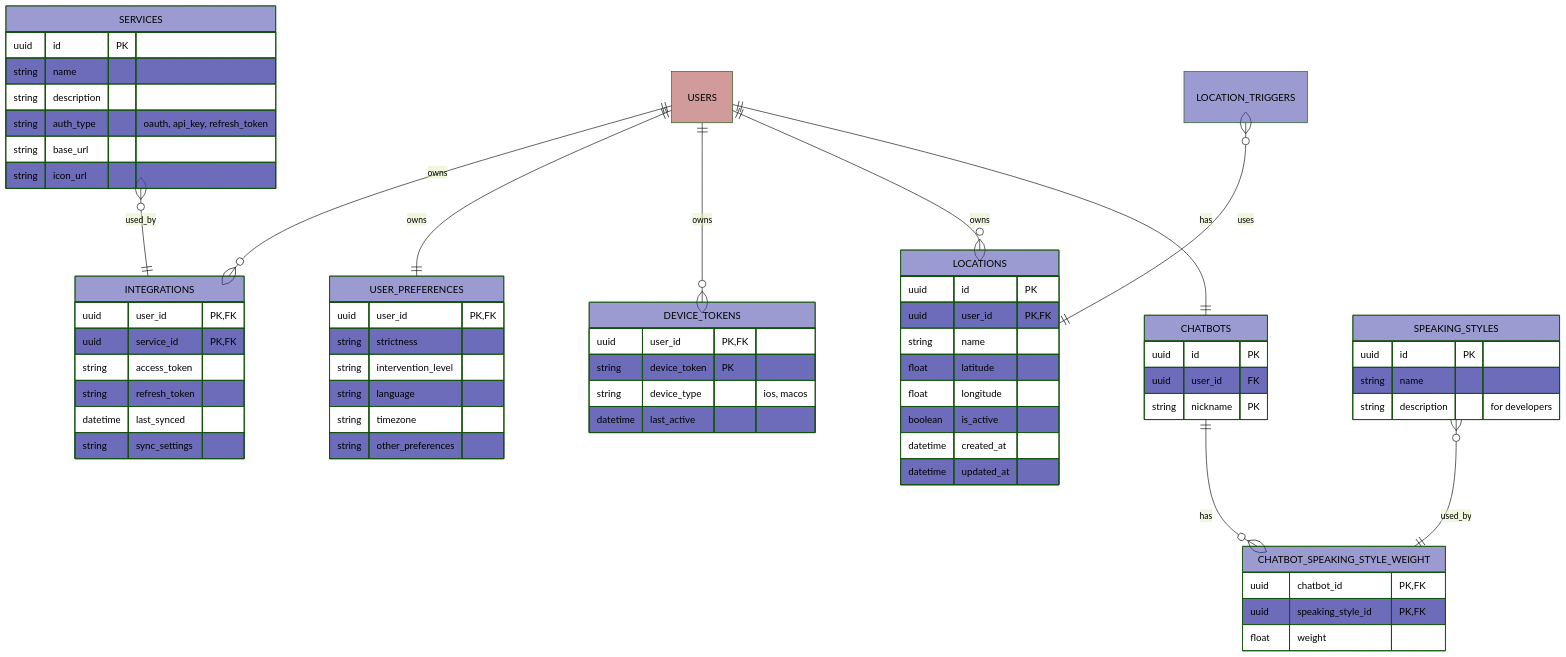
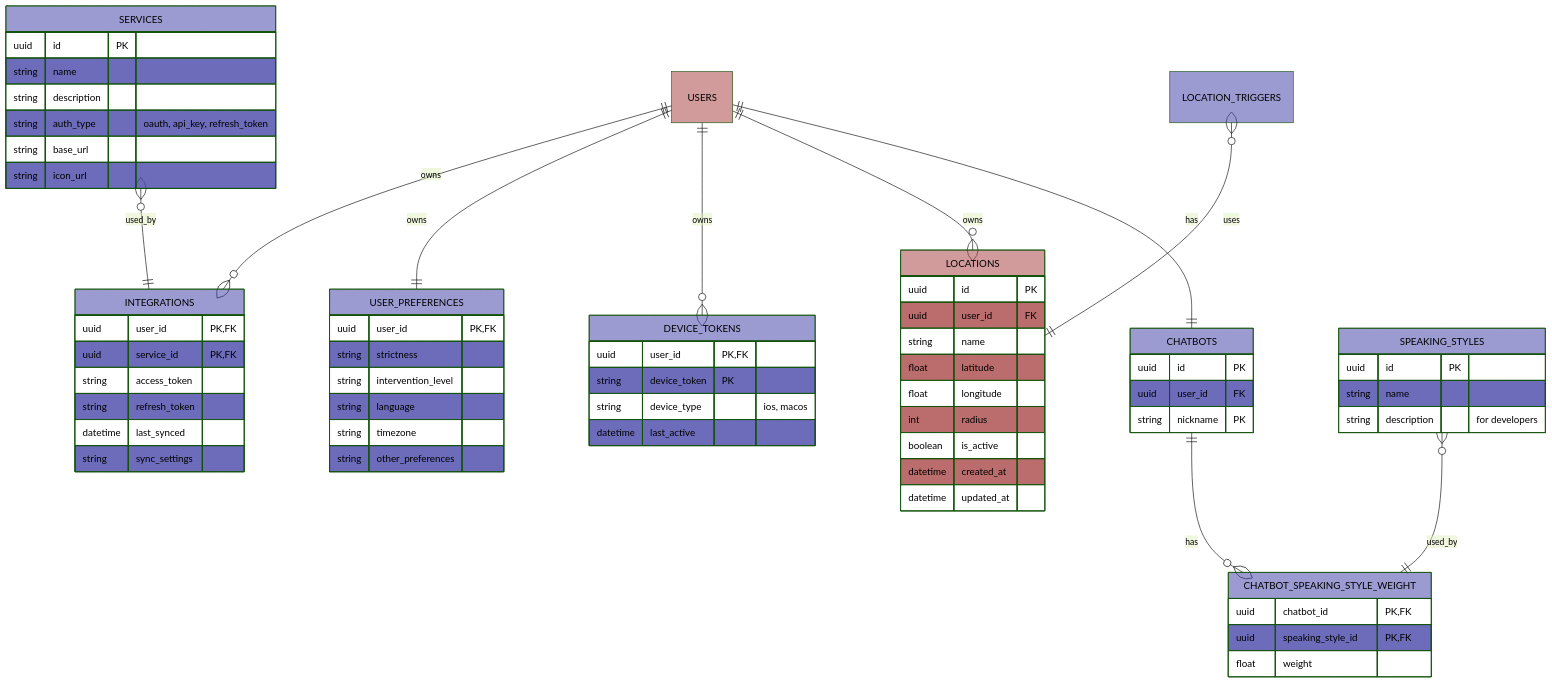
Before and after one commit to hadiahmad06/jiko: the third of 4 diagrams in backend/docs/erdiagram.md, drawn with Mermaid (forest theme). The commit also changed other lines of this file and 6 other files, not shown here.

```diff
--- a/backend/docs/erdiagram.md
+++ b/backend/docs/erdiagram.md
@@ -167,12 +167,13 @@
         string sync_settings
     }
 
-    LOCATIONS:::dynamodb {
+    LOCATIONS:::postgres {
         uuid id PK
-        uuid user_id PK, FK
+        uuid user_id FK
         string name
         float latitude
         float longitude
+        int radius
         boolean is_active
         datetime created_at
         datetime updated_at
```
